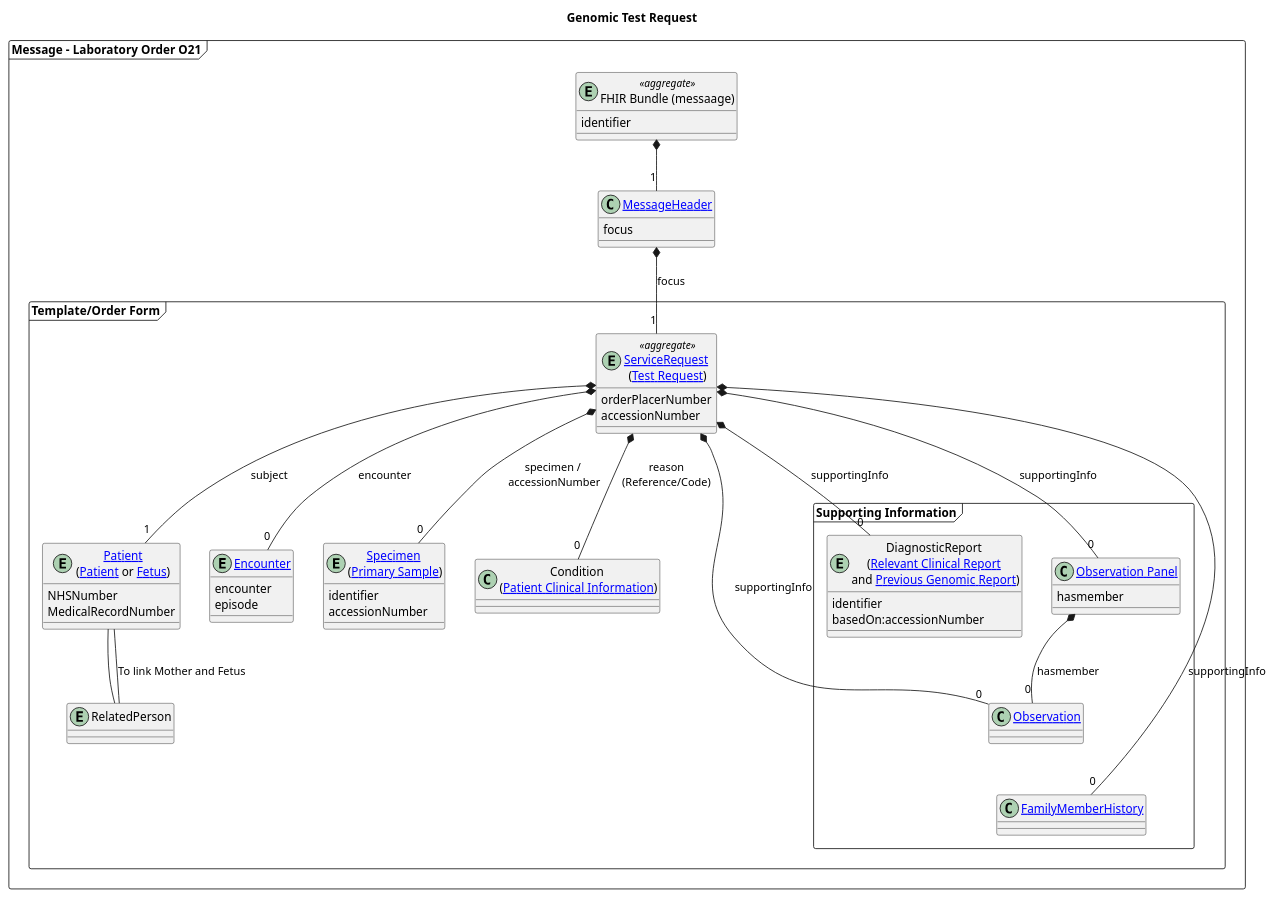
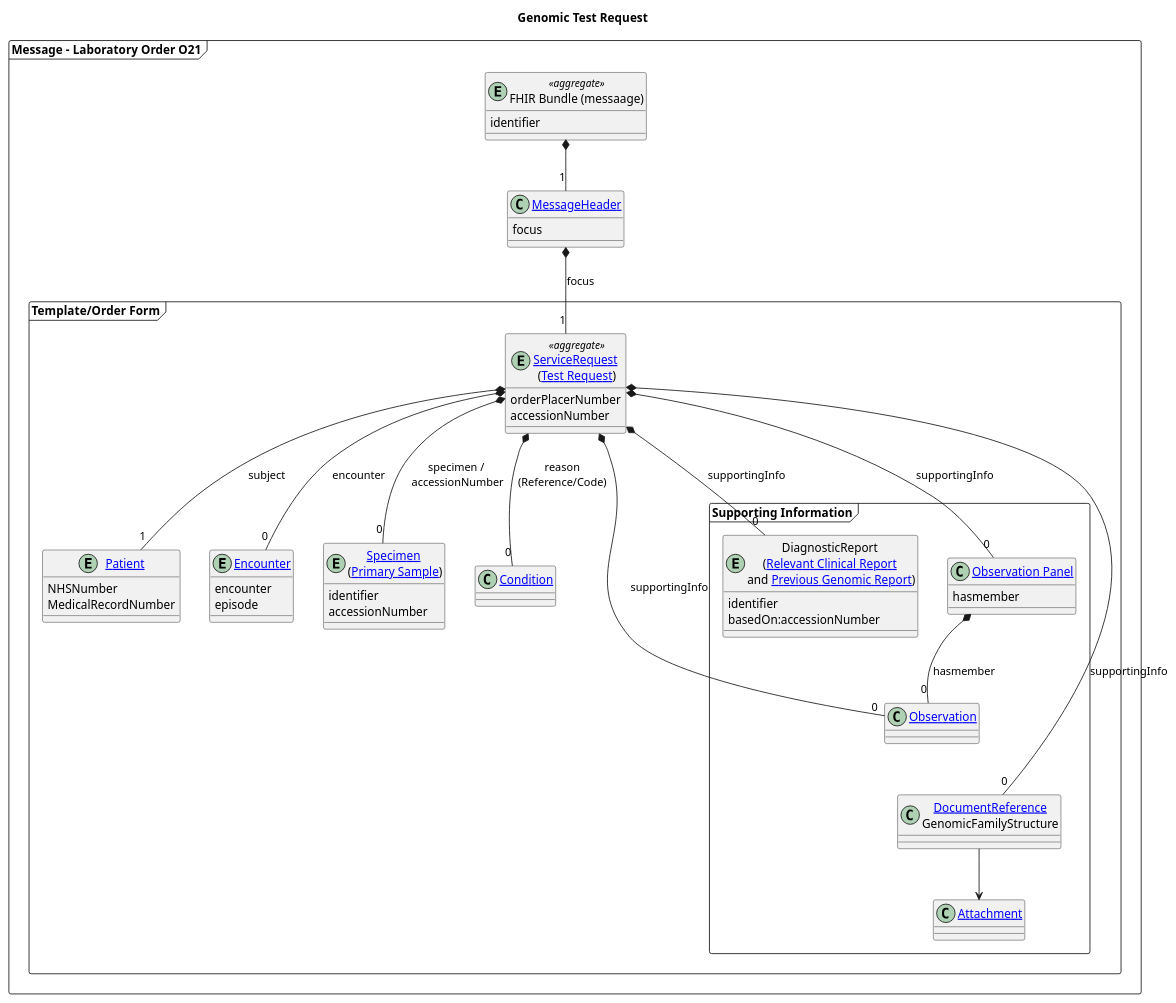
Before and after one commit to nw-gmsa/nw-gmsa.github.com: the diagram in input/images-source/orders-model.plantuml, drawn with PlantUML. The commit also changed 3 other files, not shown here.

```diff
--- a/input/images-source/orders-model.plantuml
+++ b/input/images-source/orders-model.plantuml
@@ -1,84 +1,85 @@
 @startuml
 
 skinparam svgDimensionStyle false
 
 title "Genomic Test Request"
 
 frame "Message - Laboratory Order O21" as Message {
 entity "FHIR Bundle (messaage)" as oml <<aggregate>> {
 identifier
 }
 
 class "[[StructureDefinition-MessageHeader.html MessageHeader]]" as MSH {
  focus
 }
 
   frame "Template/Order Form" as Composition {
-    entity "[[StructureDefinition-Patient.html Patient]]\n([[https://simplifier.net/guide/fhir-genomics-implementation-guide/Home/Design/Clinicalheadings#Patient Patient]] or [[https://simplifier.net/guide/fhir-genomics-implementation-guide/Home/Design/Clinicalheadings#Fetus Fetus]])" as PID {
+    entity "[[StructureDefinition-Patient.html Patient]]" as PID {
     NHSNumber
     MedicalRecordNumber
     }
 
     entity "[[StructureDefinition-Encounter.html Encounter]]" as PV1 {
     encounter
     episode
     }
 
     entity "[[StructureDefinition-ServiceRequest.html ServiceRequest]] \n([[https://simplifier.net/guide/fhir-genomics-implementation-guide/Home/Design/Clinicalheadings#Test-Request Test Request]])" as ORC <<aggregate>> {
     orderPlacerNumber
     accessionNumber
     }
 
     entity "[[StructureDefinition-Specimen.html Specimen]] \n([[https://simplifier.net/guide/fhir-genomics-implementation-guide/Home/Design/Clinicalheadings#Primary-Sample Primary Sample]])" as SPM {
     identifier
     accessionNumber
     }
 
-    class "Condition \n([[https://simplifier.net/guide/fhir-genomics-implementation-guide/Home/Design/Clinicalheadings#Patient-Clinical-Information Patient Clinical Information]])" as DG1
+    class "[[StructureDefinition-Condition.html Condition]]" as DG1
 
-    entity "RelatedPerson" as NK1
 
     frame "Supporting Information" as supportingInfo {
 
     entity "DiagnosticReport \n([[https://simplifier.net/guide/fhir-genomics-implementation-guide/Home/Design/Clinicalheadings#Relevant-Clinical-Report Relevant Clinical Report]] \nand [[https://simplifier.net/guide/fhir-genomics-implementation-guide/Home/Design/Clinicalheadings#Previous-Genomic-Report Previous Genomic Report]])" as OBX {
       identifier
       basedOn:accessionNumber
     }
 
 
       class "[[StructureDefinition-Observation.html Observation]]" as OBX1 {
       }
 
 
       class "[[StructureDefinition-Observation-Panel.html Observation Panel]]" as panel {
       hasmember
       }
 
-      class "[[StructureDefinition-FamilyMemberHistory.html FamilyMemberHistory]]" as family {
+      class "[[StructureDefinition-DocumentReference.html DocumentReference]]\nGenomicFamilyStructure" as family {
 
       }
 
+      class "[[StructureDefinition-Attachment.html Attachment]]" as OBX2
 
+    }
+
+    family -d-> OBX2
 
     panel *-d- "0" OBX1: hasmember
 
     OBX1 -d[hidden]- family
 
  }
 }
 
 oml *-d- "1" MSH
 MSH *-d- "1" ORC: focus
 ORC *-- "0" SPM : specimen /\n accessionNumber
 ORC *-- "1" PID : subject
 ORC *-- "0" PV1 : encounter
 ORC *-- "0" DG1 : reason\n(Reference/Code)
 ORC *-- "0" OBX: supportingInfo
 ORC *-- "0" OBX1: supportingInfo
 ORC *-- "0" panel: supportingInfo
 ORC *-- "0" family: supportingInfo
 
-NK1 -- PID : To link Mother and Fetus
-PID -- NK1
 
 @enduml
```
